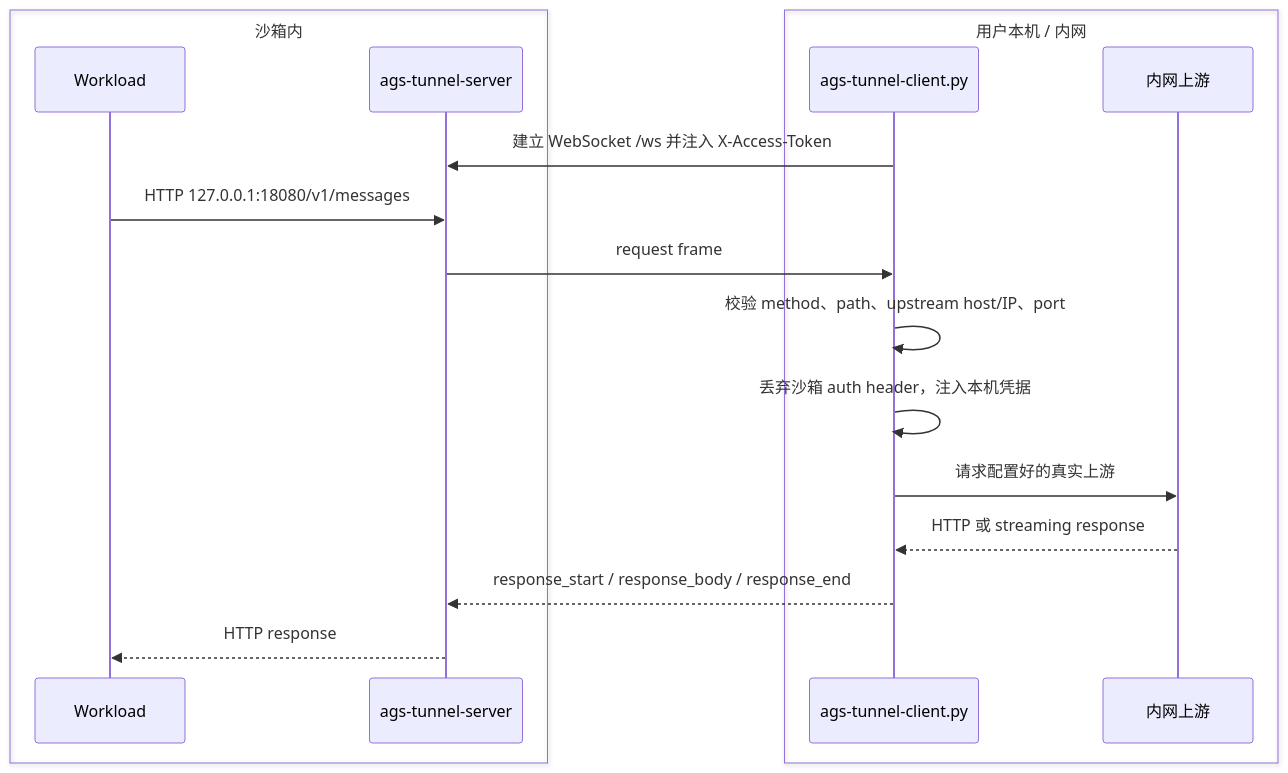
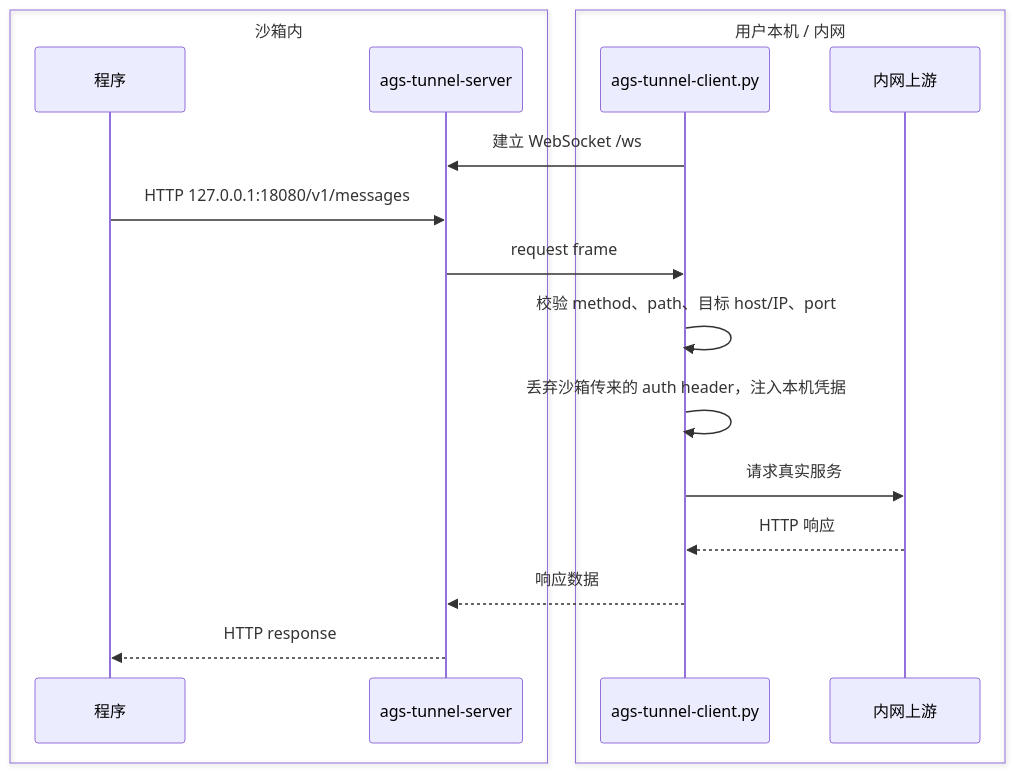
One commit to TencentCloudAgentRuntime/ags-cookbook changed the second of 2 diagrams in examples/local-service-tunnel/README_zh.md. Above: the diagram before and after it, drawn with Mermaid. The commit also changed other lines of this file and 1 other file, not shown here.

````diff
--- a/examples/local-service-tunnel/README_zh.md
+++ b/examples/local-service-tunnel/README_zh.md
@@ -54,21 +59,21 @@
 ```mermaid
 sequenceDiagram
   box 沙箱内
-    participant W as Workload
+    participant W as 程序
     participant S as ags-tunnel-server
   end
   box 用户本机 / 内网
     participant C as ags-tunnel-client.py
     participant U as 内网上游
   end
 
-  C->>S: 建立 WebSocket /ws 并注入 X-Access-Token
+  C->>S: 建立 WebSocket /ws
   W->>S: HTTP 127.0.0.1:18080/v1/messages
   S->>C: request frame
-  C->>C: 校验 method、path、upstream host/IP、port
-  C->>C: 丢弃沙箱 auth header，注入本机凭据
-  C->>U: 请求配置好的真实上游
-  U-->>C: HTTP 或 streaming response
-  C-->>S: response_start / response_body / response_end
+  C->>C: 校验 method、path、目标 host/IP、port
+  C->>C: 丢弃沙箱传来的 auth header，注入本机凭据
+  C->>U: 请求真实服务
+  U-->>C: HTTP 响应
+  C-->>S: 响应数据
   S-->>W: HTTP response
 ```
````
